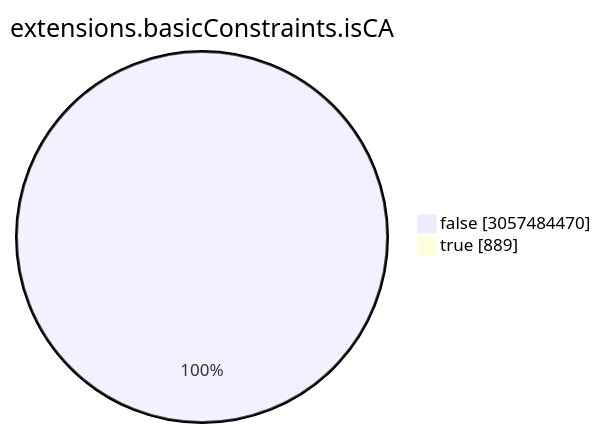
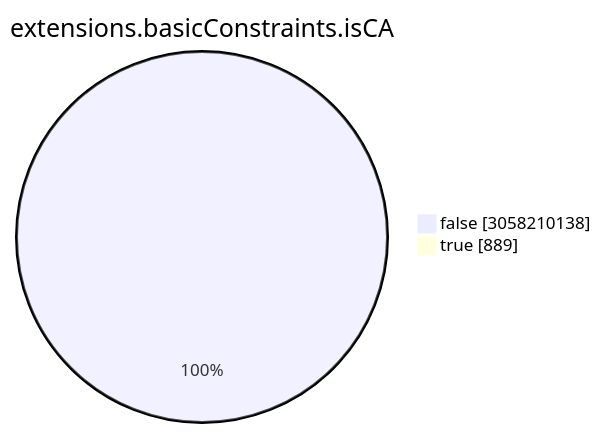
Before and after one commit to christiankrug/ctmonitor_visualization: the seventh of 15 diagrams in TOTAL/README.md, drawn with Mermaid. The commit also changed other lines of this file, not shown here.

````diff
--- a/TOTAL/README.md
+++ b/TOTAL/README.md
@@ -3088,6 +3088,6 @@
 ```mermaid
 pie showData
 title extensions.basicConstraints.isCA
-"false" :3057484470
+"false" :3058210138
 "true" :889
 ```
````
